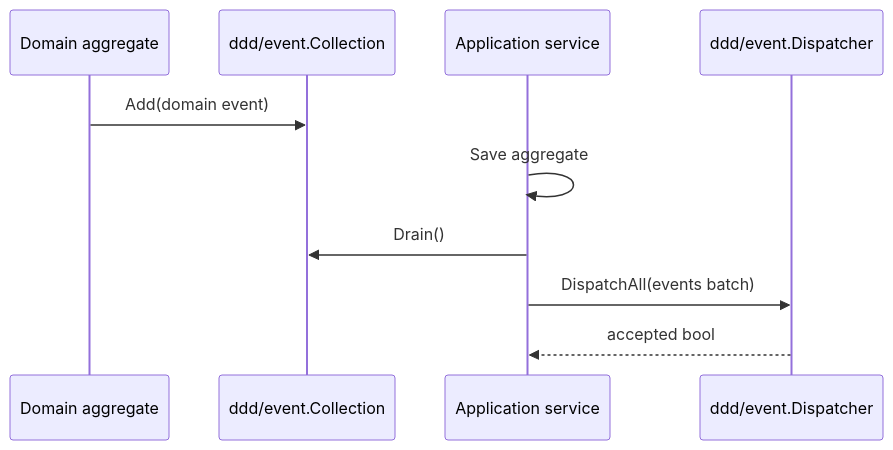
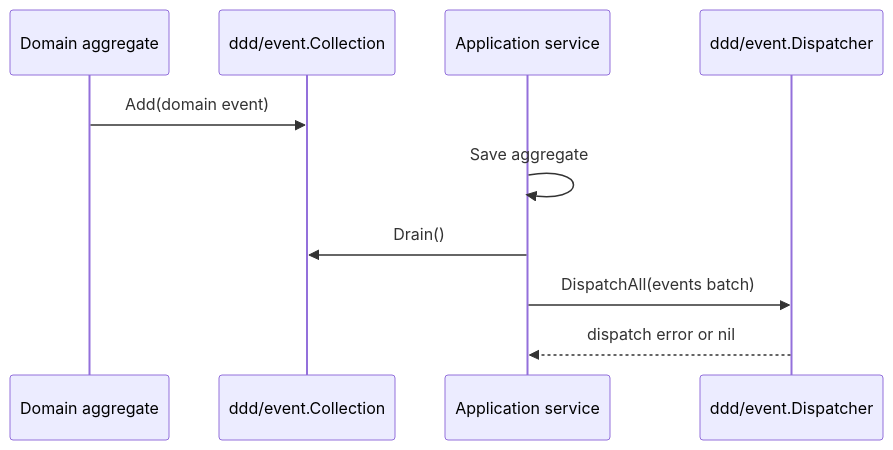
The third of 4 diagrams in docs/project-knowledge/architecture.md (go-jimu/components), drawn with Mermaid before and after one commit. The commit also changed other lines of this file and 3 other files, not shown here.

````diff
--- a/docs/project-knowledge/architecture.md
+++ b/docs/project-knowledge/architecture.md
@@ -65,12 +65,12 @@
 ```mermaid
 sequenceDiagram
     participant Aggregate as Domain aggregate
     participant Collection as ddd/event.Collection
     participant App as Application service
     participant Dispatcher as ddd/event.Dispatcher
     Aggregate->>Collection: Add(domain event)
     App->>App: Save aggregate
     App->>Collection: Drain()
     App->>Dispatcher: DispatchAll(events batch)
-    Dispatcher-->>App: accepted bool
+    Dispatcher-->>App: dispatch error or nil
 ```
````
